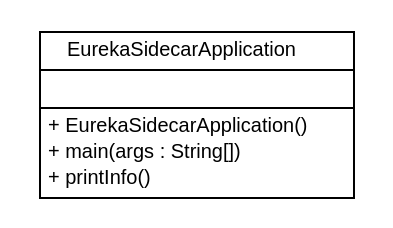
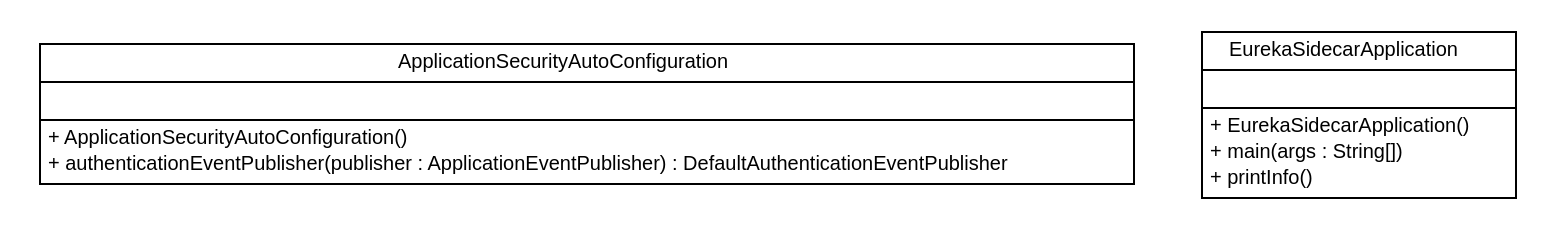
One commit to cloud-ready/cloud-ready changed the diagram in snapshot/build-docker/spring-cloud-service-discovery/spring-cloud-eureka/spring-cloud-eureka-sidecar/apidocs/cn/home1/cloud/netflix/eureka/cn.home1.cloud.netflix.eureka.dot. Above: the diagram before and after it, drawn with Graphviz. The commit also changed 50 other files, not shown here.

Commit message:
Creating site for spring-cloud-eureka-sidecar-2.0.1-springboot2-SNAPSHOT

```diff
--- a/snapshot/build-docker/spring-cloud-service-discovery/spring-cloud-eureka/spring-cloud-eureka-sidecar/apidocs/cn/home1/cloud/netflix/eureka/cn.home1.cloud.netflix.eureka.dot
+++ b/snapshot/build-docker/spring-cloud-service-discovery/spring-cloud-eureka/spring-cloud-eureka-sidecar/apidocs/cn/home1/cloud/netflix/eureka/cn.home1.cloud.netflix.eureka.dot
@@ -1,26 +1,39 @@
 #!/usr/local/bin/dot
 #
 # Class diagram 
 # Generated by UMLGraph version R5_6-24-gf6e263 (http://www.umlgraph.org/)
 #
 
 digraph G {
 	edge [fontname="Helvetica",fontsize=10,labelfontname="Helvetica",labelfontsize=10];
 	node [fontname="Helvetica",fontsize=10,shape=plaintext];
 	nodesep=0.25;
 	ranksep=0.5;
+	// cn.home1.cloud.netflix.eureka.ApplicationSecurityAutoConfiguration
+	c0 [label=<<table title="cn.home1.cloud.netflix.eureka.ApplicationSecurityAutoConfiguration" border="0" cellborder="1" cellspacing="0" cellpadding="2" port="p" href="./ApplicationSecurityAutoConfiguration.html">
+		<tr><td><table border="0" cellspacing="0" cellpadding="1">
+<tr><td align="center" balign="center"> ApplicationSecurityAutoConfiguration </td></tr>
+		</table></td></tr>
+		<tr><td><table border="0" cellspacing="0" cellpadding="1">
+<tr><td align="left" balign="left">  </td></tr>
+		</table></td></tr>
+		<tr><td><table border="0" cellspacing="0" cellpadding="1">
+<tr><td align="left" balign="left"> + ApplicationSecurityAutoConfiguration() </td></tr>
+<tr><td align="left" balign="left"> + authenticationEventPublisher(publisher : ApplicationEventPublisher) : DefaultAuthenticationEventPublisher </td></tr>
+		</table></td></tr>
+		</table>>, URL="./ApplicationSecurityAutoConfiguration.html", fontname="Helvetica", fontcolor="black", fontsize=10.0];
 	// cn.home1.cloud.netflix.eureka.EurekaSidecarApplication
-	c0 [label=<<table title="cn.home1.cloud.netflix.eureka.EurekaSidecarApplication" border="0" cellborder="1" cellspacing="0" cellpadding="2" port="p" href="./EurekaSidecarApplication.html">
+	c1 [label=<<table title="cn.home1.cloud.netflix.eureka.EurekaSidecarApplication" border="0" cellborder="1" cellspacing="0" cellpadding="2" port="p" href="./EurekaSidecarApplication.html">
 		<tr><td><table border="0" cellspacing="0" cellpadding="1">
 <tr><td align="center" balign="center"> EurekaSidecarApplication </td></tr>
 		</table></td></tr>
 		<tr><td><table border="0" cellspacing="0" cellpadding="1">
 <tr><td align="left" balign="left">  </td></tr>
 		</table></td></tr>
 		<tr><td><table border="0" cellspacing="0" cellpadding="1">
 <tr><td align="left" balign="left"> + EurekaSidecarApplication() </td></tr>
 <tr><td align="left" balign="left"> + main(args : String[]) </td></tr>
 <tr><td align="left" balign="left"> + printInfo() </td></tr>
 		</table></td></tr>
 		</table>>, URL="./EurekaSidecarApplication.html", fontname="Helvetica", fontcolor="black", fontsize=10.0];
 }
```
